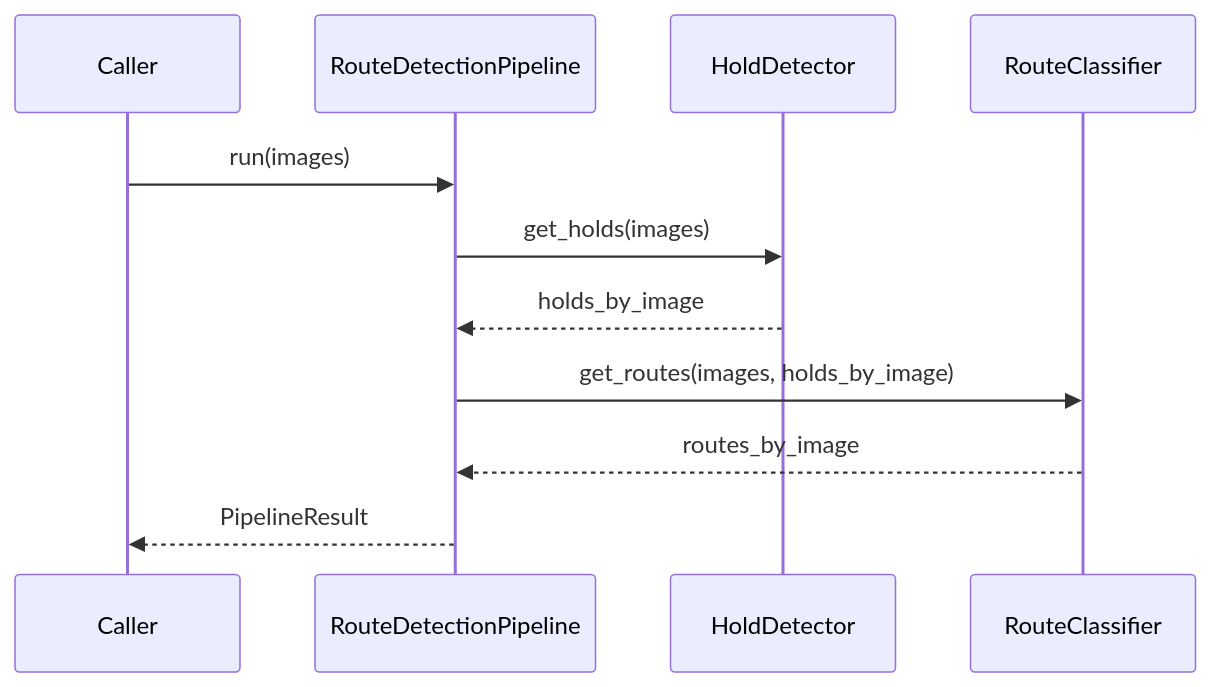
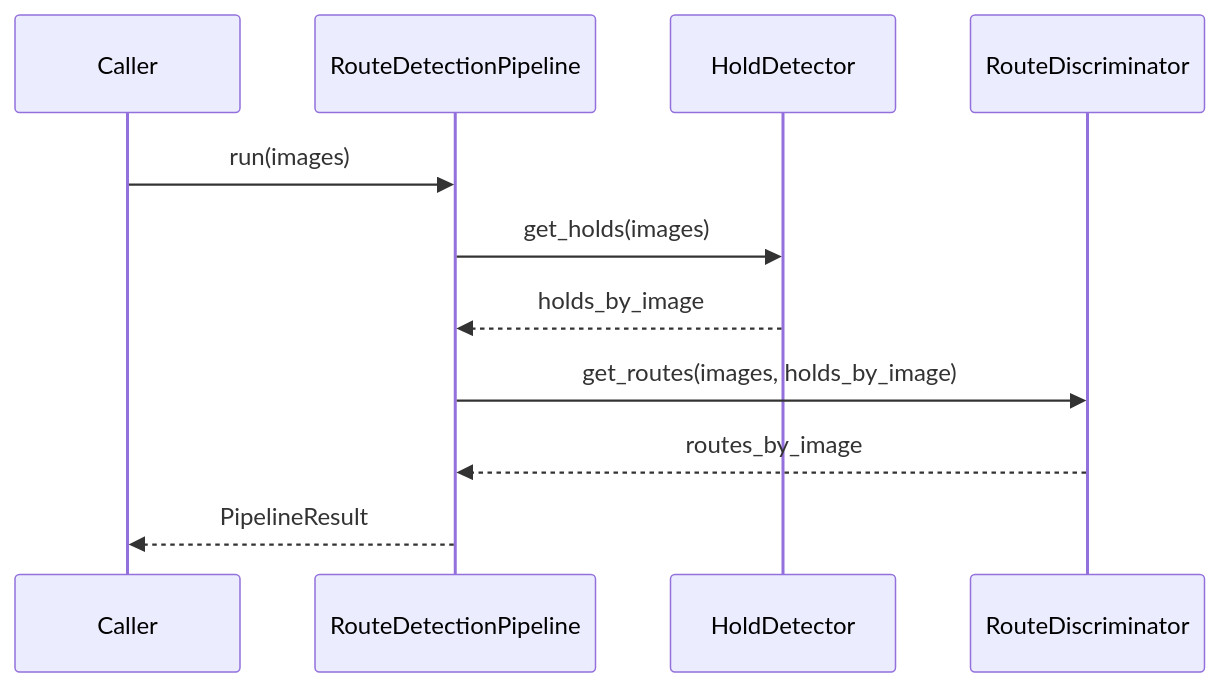
One commit to mac-edmondson/zero-shot-route-segmentation changed the diagram in docs/spec/pipeline/interfaces/route-detection-pipeline.md. Above: the diagram before and after it, drawn with Mermaid. The commit also changed other lines of this file and 16 other files, not shown here.

````diff
--- a/docs/spec/pipeline/interfaces/route-detection-pipeline.md
+++ b/docs/spec/pipeline/interfaces/route-detection-pipeline.md
@@ -33,14 +33,14 @@
 ```mermaid
 sequenceDiagram
     participant C as Caller
     participant P as RouteDetectionPipeline
     participant H as HoldDetector
-    participant R as RouteClassifier
+    participant R as RouteDiscriminator
 
     C->>P: run(images)
     P->>H: get_holds(images)
     H-->>P: holds_by_image
     P->>R: get_routes(images, holds_by_image)
     R-->>P: routes_by_image
     P-->>C: PipelineResult
 ```
````
